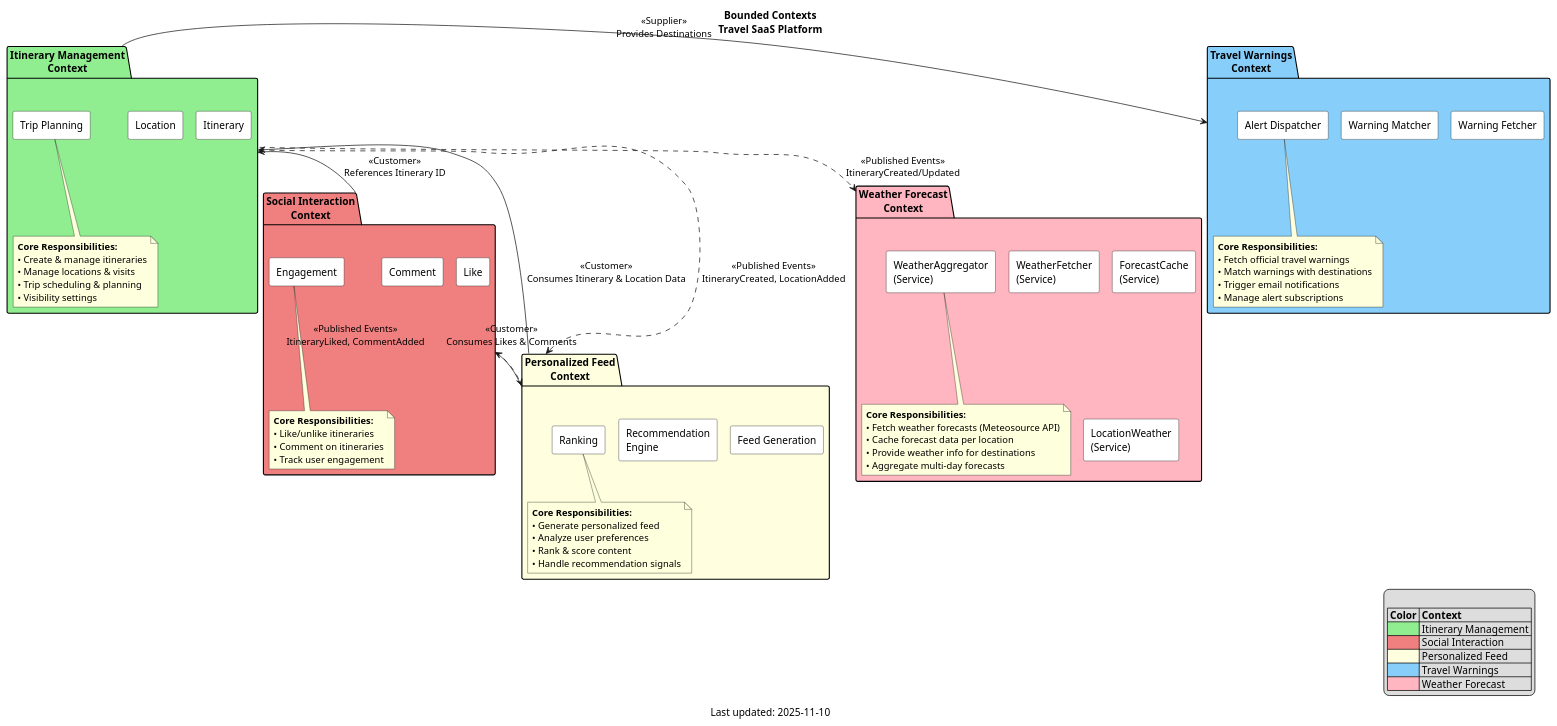
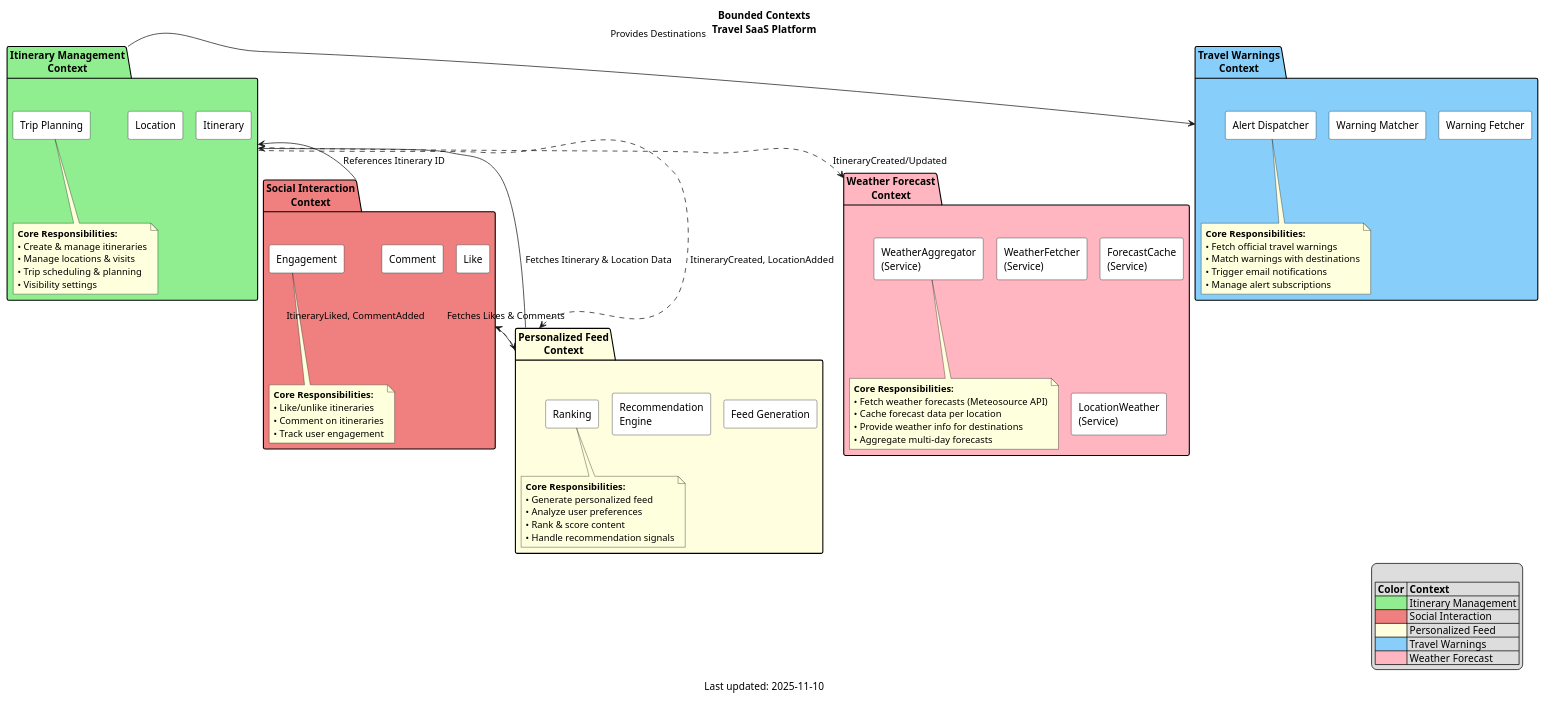
One commit to leotschritter/cad-backend changed the diagram in docs/diagrams/domain/02_domain_model_bounded_contexts.puml. Above: the diagram before and after it, drawn with PlantUML.

Commit message:
docs: simplify domain model diagram by removing redundant notes and clarifying context integration strategy

```diff
--- a/docs/diagrams/domain/02_domain_model_bounded_contexts.puml
+++ b/docs/diagrams/domain/02_domain_model_bounded_contexts.puml
@@ -1,139 +1,139 @@
 @startuml BoundedContexts
 !pragma layout smetana
 
 title Bounded Contexts\nTravel SaaS Platform
 caption Last updated: 2025-11-10
 
 ' ----------------------------------------------------------
 ' Existing bounded contexts
 ' ----------------------------------------------------------
 
 /'package "Identity & Access\nContext" as IdentityContext #LightBlue {
   rectangle "User" #White
   rectangle "Authentication" #White
   rectangle "Authorization" #White
 
   note bottom
     **Core Responsibilities:**
     • User registration & profile
     • Authentication & tokens
     • Role & permission management
     • Tenant configuration
   end note
 }'/
 
 package "Itinerary Management\nContext" as ItineraryContext #LightGreen {
   rectangle "Itinerary" #White
   rectangle "Location" #White
   rectangle "Trip Planning" #White
 
   note bottom
     **Core Responsibilities:**
     • Create & manage itineraries
     • Manage locations & visits
     • Trip scheduling & planning
     • Visibility settings
   end note
 }
 
 package "Social Interaction\nContext" as SocialContext #LightCoral {
   rectangle "Like" #White
   rectangle "Comment" #White
   rectangle "Engagement" #White
 
   note bottom
     **Core Responsibilities:**
     • Like/unlike itineraries
     • Comment on itineraries
     • Track user engagement
   end note
 }
 
 package "Personalized Feed\nContext" as FeedContext #LightYellow {
   rectangle "Feed Generation" #White
   rectangle "Recommendation\nEngine" #White
   rectangle "Ranking" #White
 
   note bottom
     **Core Responsibilities:**
     • Generate personalized feed
     • Analyze user preferences
     • Rank & score content
     • Handle recommendation signals
   end note
 }
 
 ' ----------------------------------------------------------
 ' NEW Bounded Context: Travel Warnings
 ' ----------------------------------------------------------
 
 package "Travel Warnings\nContext" as WarningContext #LightSkyBlue {
   rectangle "Warning Fetcher" #White
   rectangle "Warning Matcher" #White
   rectangle "Alert Dispatcher" #White
 
   note bottom
     **Core Responsibilities:**
     • Fetch official travel warnings
     • Match warnings with destinations
     • Trigger email notifications
     • Manage alert subscriptions
   end note
 }
 
 ' ----------------------------------------------------------
 ' NEW Bounded Context: Weather Forecast
 ' ----------------------------------------------------------
 
 package "Weather Forecast\nContext" as WeatherContext #LightPink {
   rectangle "WeatherFetcher\n(Service)" #White
   rectangle "ForecastCache\n(Service)" #White
   rectangle "LocationWeather\n(Service)" #White
   rectangle "WeatherAggregator\n(Service)" #White
 
   note bottom
     **Core Responsibilities:**
     • Fetch weather forecasts (Meteosource API)
     • Cache forecast data per location
     • Provide weather info for destinations
     • Aggregate multi-day forecasts
   end note
 }
 
 ' ----------------------------------------------------------
 ' Relationships
 ' ----------------------------------------------------------
 
 ' Social context interacts with Itinerary
-SocialContext -up-> ItineraryContext : <<Customer>>\nReferences Itinerary ID
+SocialContext -up-> ItineraryContext : References Itinerary ID
 
 ' Feed context consumes data from Social and Itinerary
-FeedContext -up-> SocialContext : <<Customer>>\nConsumes Likes & Comments
-FeedContext -up-> ItineraryContext : <<Customer>>\nConsumes Itinerary & Location Data
+FeedContext -up-> SocialContext : Fetches Likes & Comments
+FeedContext -up-> ItineraryContext : Fetches Itinerary & Location Data
 
 ' Warning contexts depend on Itinerary for matching
-ItineraryContext -right-> WarningContext : <<Supplier>>\nProvides Destinations
+ItineraryContext -right-> WarningContext : Provides Destinations
 
 ' Contexts publish events
-SocialContext ..> FeedContext : <<Published Events>>\nItineraryLiked, CommentAdded
-ItineraryContext ..> FeedContext : <<Published Events>>\nItineraryCreated, LocationAdded
+SocialContext ..> FeedContext : ItineraryLiked, CommentAdded
+ItineraryContext ..> FeedContext : ItineraryCreated, LocationAdded
 
 ' Weather Context subscribes to itinerary events for forecast caching
-ItineraryContext ..> WeatherContext : <<Published Events>>\nItineraryCreated/Updated
+ItineraryContext ..> WeatherContext : ItineraryCreated/Updated
 
 
 ' ----------------------------------------------------------
 ' Legend
 ' ----------------------------------------------------------
 
 legend right
 
   |= Color |= Context |
   | <#LightGreen> | Itinerary Management |
   | <#LightCoral> | Social Interaction |
   | <#LightYellow> | Personalized Feed |
   | <#LightSkyBlue> | Travel Warnings |
   | <#LightPink> | Weather Forecast |
 endlegend
 
 @enduml
```
